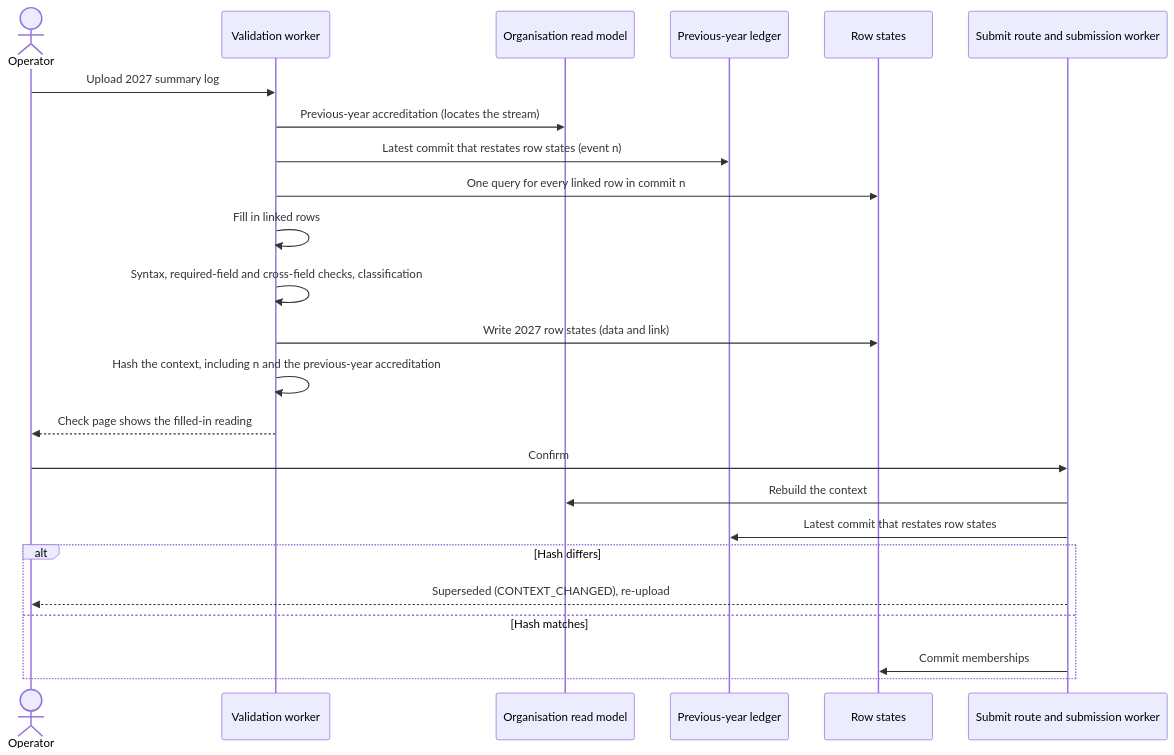
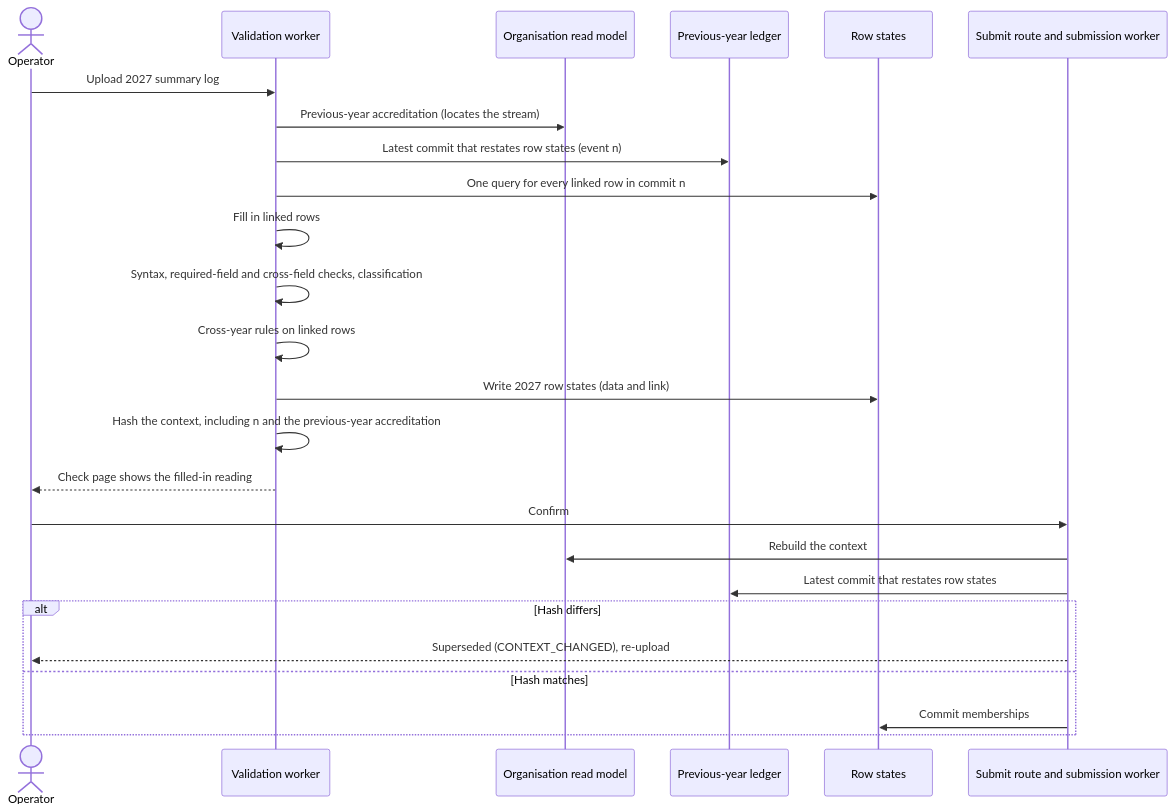
One commit to DEFRA/epr-re-ex-service changed the first of 3 diagrams in docs/architecture/discovery/summary-log-cross-year-links-lld.md. Above: the diagram before and after it, drawn with Mermaid. The commit also changed other lines of this file and 1 other file, not shown here.

First line of the commit message:
Name the cross-year rules step in the LLD and ADR

````diff
--- a/docs/architecture/discovery/summary-log-cross-year-links-lld.md
+++ b/docs/architecture/discovery/summary-log-cross-year-links-lld.md
@@ -9,28 +9,29 @@
 ```mermaid
 sequenceDiagram
     actor Operator
     participant Worker as Validation worker
     participant ReadModel as Organisation read model
     participant Ledger as Previous-year ledger
     participant RowStates as Row states
     participant Submit as Submit route and submission worker
 
     Operator->>Worker: Upload 2027 summary log
     Worker->>ReadModel: Previous-year accreditation (locates the stream)
     Worker->>Ledger: Latest commit that restates row states (event n)
     Worker->>RowStates: One query for every linked row in commit n
     Worker->>Worker: Fill in linked rows
     Worker->>Worker: Syntax, required-field and cross-field checks, classification
+    Worker->>Worker: Cross-year rules on linked rows
     Worker->>RowStates: Write 2027 row states (data and link)
     Worker->>Worker: Hash the context, including n and the previous-year accreditation
     Worker-->>Operator: Check page shows the filled-in reading
 
     Operator->>Submit: Confirm
     Submit->>ReadModel: Rebuild the context
     Submit->>Ledger: Latest commit that restates row states
     alt Hash differs
         Submit-->>Operator: Superseded (CONTEXT_CHANGED), re-upload
     else Hash matches
         Submit->>RowStates: Commit memberships
     end
 ```
````
